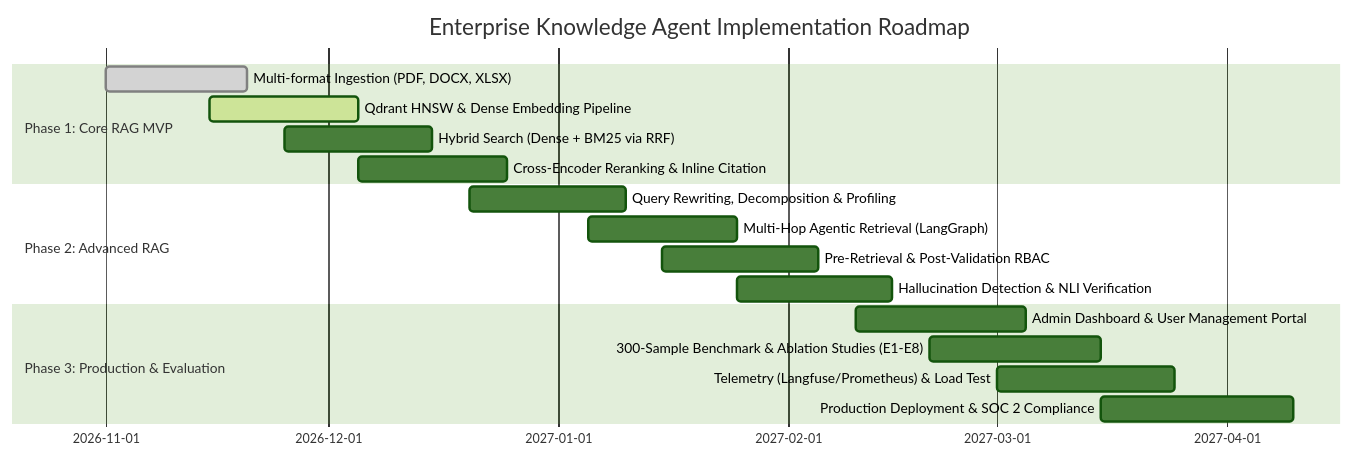
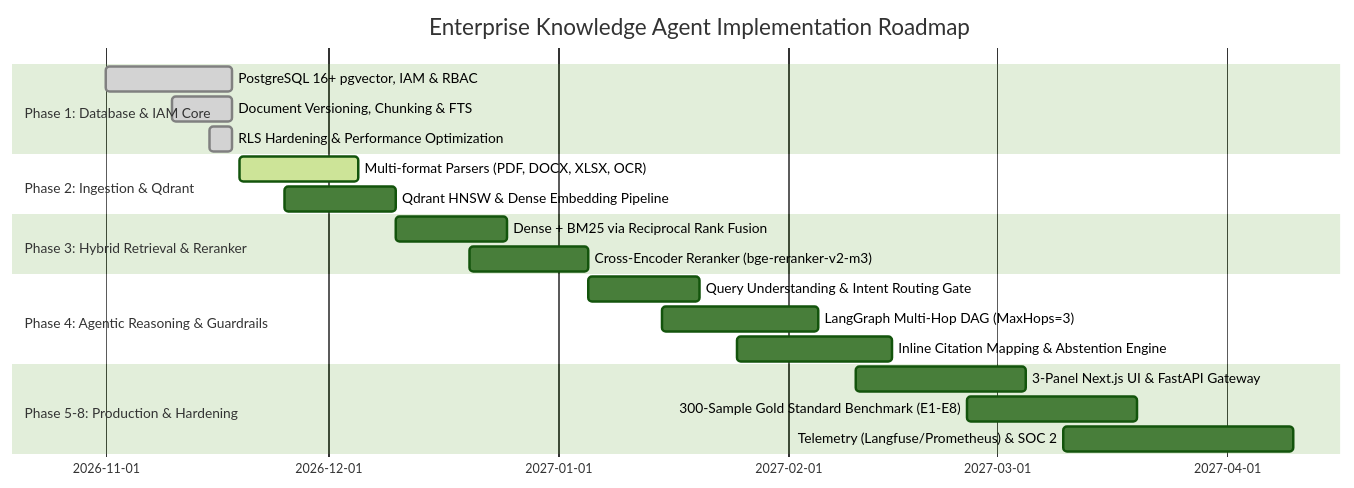
Before and after one commit to HLDKNotFound/Agent-Graph: the second of 2 diagrams in docs/README.md, drawn with Mermaid (forest theme). The commit also changed other lines of this file and 20 other files, not shown here.

````diff
--- a/docs/README.md
+++ b/docs/README.md
@@ -91,22 +161,27 @@
 ```mermaid
 gantt
     title Enterprise Knowledge Agent Implementation Roadmap
     dateFormat  YYYY-MM-DD
-    section Phase 1: Core RAG MVP
-    Multi-format Ingestion (PDF, DOCX, XLSX)    :done, p1_1, 2026-11-01, 2026-11-20
-    Qdrant HNSW & Dense Embedding Pipeline      :active, p1_2, 2026-11-15, 2026-12-05
-    Hybrid Search (Dense + BM25 via RRF)        :p1_3, 2026-11-25, 2026-12-15
-    Cross-Encoder Reranking & Inline Citation   :p1_4, 2026-12-05, 2026-12-25
+    section Phase 1: Database & IAM Core
+    PostgreSQL 16+ pgvector, IAM & RBAC          :done, p1_1, 2026-11-01, 2026-11-18
+    Document Versioning, Chunking & FTS         :done, p1_2, 2026-11-10, 2026-11-18
+    RLS Hardening & Performance Optimization    :done, p1_3, 2026-11-15, 2026-11-18
 
-    section Phase 2: Advanced RAG
-    Query Rewriting, Decomposition & Profiling  :p2_1, 2026-12-20, 2027-01-10
-    Multi-Hop Agentic Retrieval (LangGraph)     :p2_2, 2027-01-05, 2027-01-25
-    Pre-Retrieval & Post-Validation RBAC        :p2_3, 2027-01-15, 2027-02-05
-    Hallucination Detection & NLI Verification :p2_4, 2027-01-25, 2027-02-15
+    section Phase 2: Ingestion & Qdrant
+    Multi-format Parsers (PDF, DOCX, XLSX, OCR) :active, p2_1, 2026-11-19, 2026-12-05
+    Qdrant HNSW & Dense Embedding Pipeline      :p2_2, 2026-11-25, 2026-12-10
 
-    section Phase 3: Production & Evaluation
-    Admin Dashboard & User Management Portal   :p3_1, 2027-02-10, 2027-03-05
-    300-Sample Benchmark & Ablation Studies (E1-E8):p3_2, 2027-02-20, 2027-03-15
-    Telemetry (Langfuse/Prometheus) & Load Test :p3_3, 2027-03-01, 2027-03-25
-    Production Deployment & SOC 2 Compliance    :p3_4, 2027-03-15, 2027-04-10
+    section Phase 3: Hybrid Retrieval & Reranker
+    Dense + BM25 via Reciprocal Rank Fusion      :p3_1, 2026-12-10, 2026-12-25
+    Cross-Encoder Reranker (bge-reranker-v2-m3)  :p3_2, 2026-12-20, 2027-01-05
+
+    section Phase 4: Agentic Reasoning & Guardrails
+    Query Understanding & Intent Routing Gate   :p4_1, 2027-01-05, 2027-01-20
+    LangGraph Multi-Hop DAG (MaxHops=3)         :p4_2, 2027-01-15, 2027-02-05
+    Inline Citation Mapping & Abstention Engine :p4_3, 2027-01-25, 2027-02-15
+
+    section Phase 5-8: Production & Hardening
+    3-Panel Next.js UI & FastAPI Gateway        :p5_1, 2027-02-10, 2027-03-05
+    300-Sample Gold Standard Benchmark (E1-E8)  :p5_2, 2027-02-25, 2027-03-20
+    Telemetry (Langfuse/Prometheus) & SOC 2     :p5_3, 2027-03-10, 2027-04-10
 ```
````
